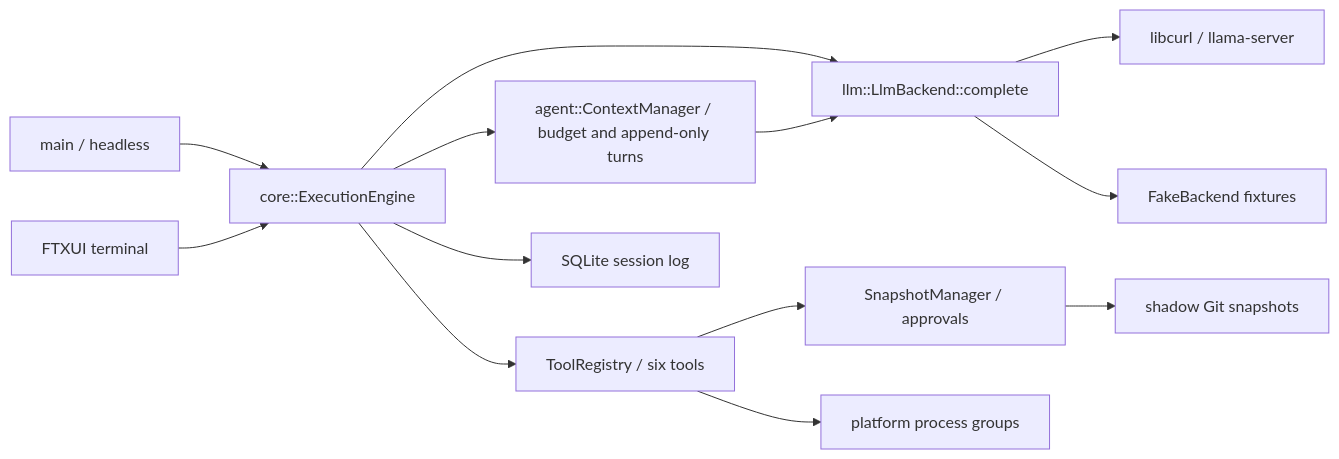
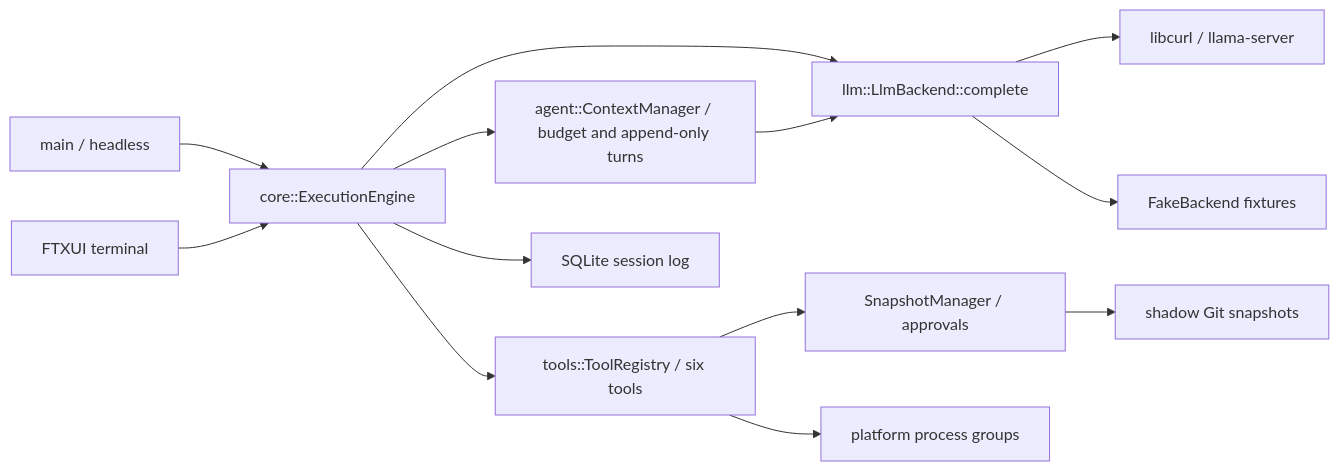
One commit to Torcken/Platypus changed the diagram in docs/ARCHITECTURE.md. Above: the diagram before and after it, drawn with Mermaid. The commit also changed other lines of this file and 17 other files, not shown here.

````diff
--- a/docs/ARCHITECTURE.md
+++ b/docs/ARCHITECTURE.md
@@ -6,15 +6,15 @@
 ```mermaid
 flowchart LR
     CLI[main / headless] --> E[core::ExecutionEngine]
     UI[FTXUI terminal] --> E
     E --> B[llm::LlmBackend::complete]
     B --> HTTP[libcurl / llama-server]
     B --> Fake[FakeBackend fixtures]
     E --> C[agent::ContextManager / budget and append-only turns]
     C --> B
-    E --> T[ToolRegistry / six tools]
+    E --> T[tools::ToolRegistry / six tools]
     E --> S[SQLite session log]
     T --> A[SnapshotManager / approvals]
     A --> G[shadow Git snapshots]
     T --> P[platform process groups]
 ```
````
